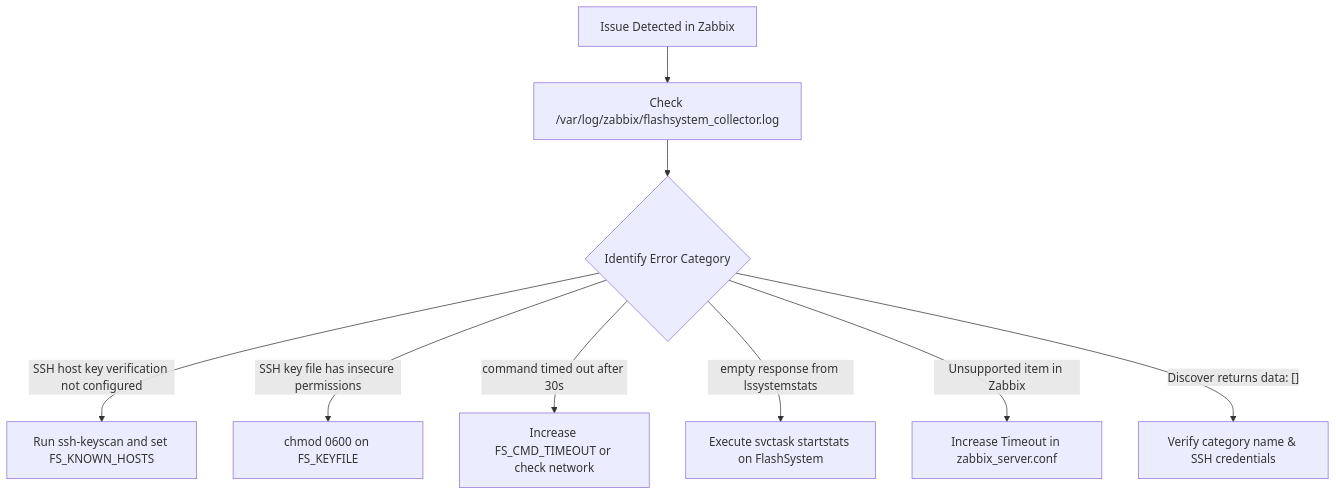
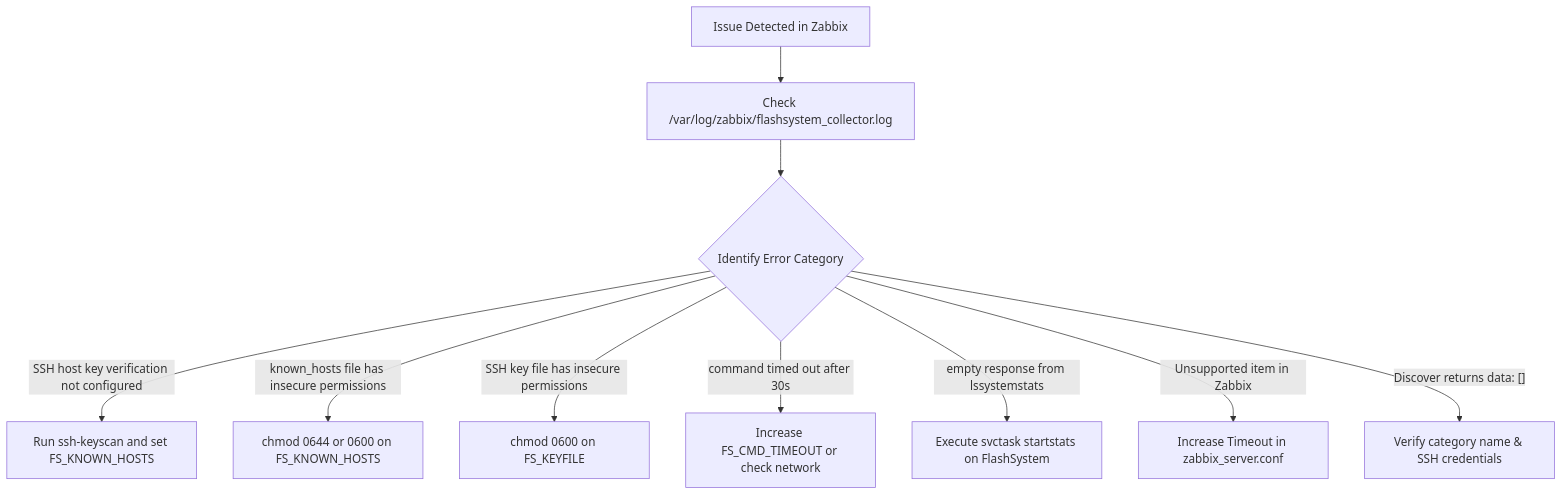
Before and after one commit to thunderfinder/flashsystem-collector: the diagram in docs/wiki/Troubleshooting.md, drawn with Mermaid. The commit also changed other lines of this file and 6 other files, not shown here.

First line of the commit message:
docs: document SSH known_hosts integrity and permission enforcement

````diff
--- a/docs/wiki/Troubleshooting.md
+++ b/docs/wiki/Troubleshooting.md
@@ -9,12 +9,13 @@
 ```mermaid
 flowchart TD
     Issue[Issue Detected in Zabbix] --> CheckLog[Check /var/log/zabbix/flashsystem_collector.log]
     CheckLog --> ErrorType{Identify Error Category}
 
     ErrorType -- "SSH host key verification not configured" --> FixKnownHosts[Run ssh-keyscan and set FS_KNOWN_HOSTS]
+    ErrorType -- "known_hosts file has insecure permissions" --> FixKnownHostsPerms[chmod 0644 or 0600 on FS_KNOWN_HOSTS]
     ErrorType -- "SSH key file has insecure permissions" --> FixPerms[chmod 0600 on FS_KEYFILE]
     ErrorType -- "command timed out after 30s" --> IncrTimeout[Increase FS_CMD_TIMEOUT or check network]
     ErrorType -- "empty response from lssystemstats" --> StartStats[Execute svctask startstats on FlashSystem]
     ErrorType -- "Unsupported item in Zabbix" --> FixZabbixTimeout[Increase Timeout in zabbix_server.conf]
     ErrorType -- "Discover returns data: []" --> CheckCategory[Verify category name & SSH credentials]
 ```
````
